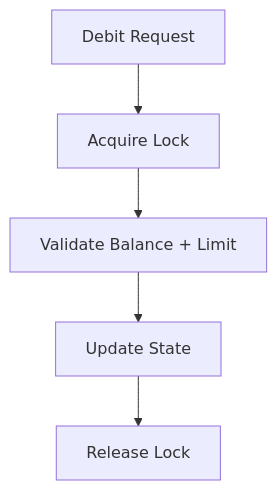
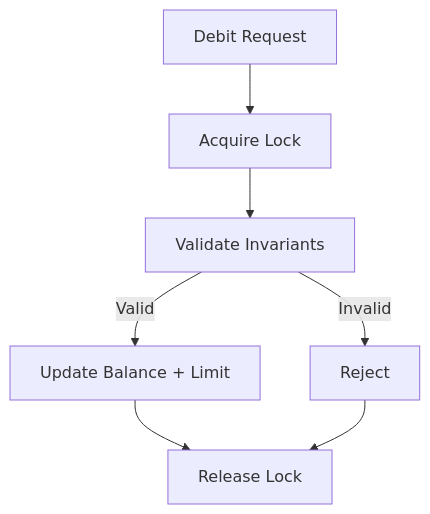
The first of 2 diagrams in day2/day2updated.md (abhinandanchivate/LTIreq-Banking), drawn with Mermaid before and after one commit. The commit also changed other lines of this file, not shown here.

````diff
--- a/day2/day2updated.md
+++ b/day2/day2updated.md
@@ -138,7 +262,9 @@
 ```mermaid
 flowchart TD
 A[Debit Request] --> B[Acquire Lock]
-B --> C[Validate Balance + Limit]
-C --> D[Update State]
-D --> E[Release Lock]
+B --> C[Validate Invariants]
+C -->|Valid| D[Update Balance + Limit]
+C -->|Invalid| E[Reject]
+D --> F[Release Lock]
+E --> F
 ```
````
